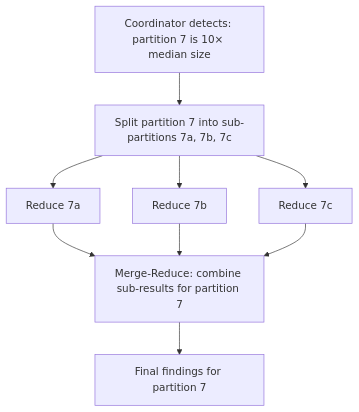
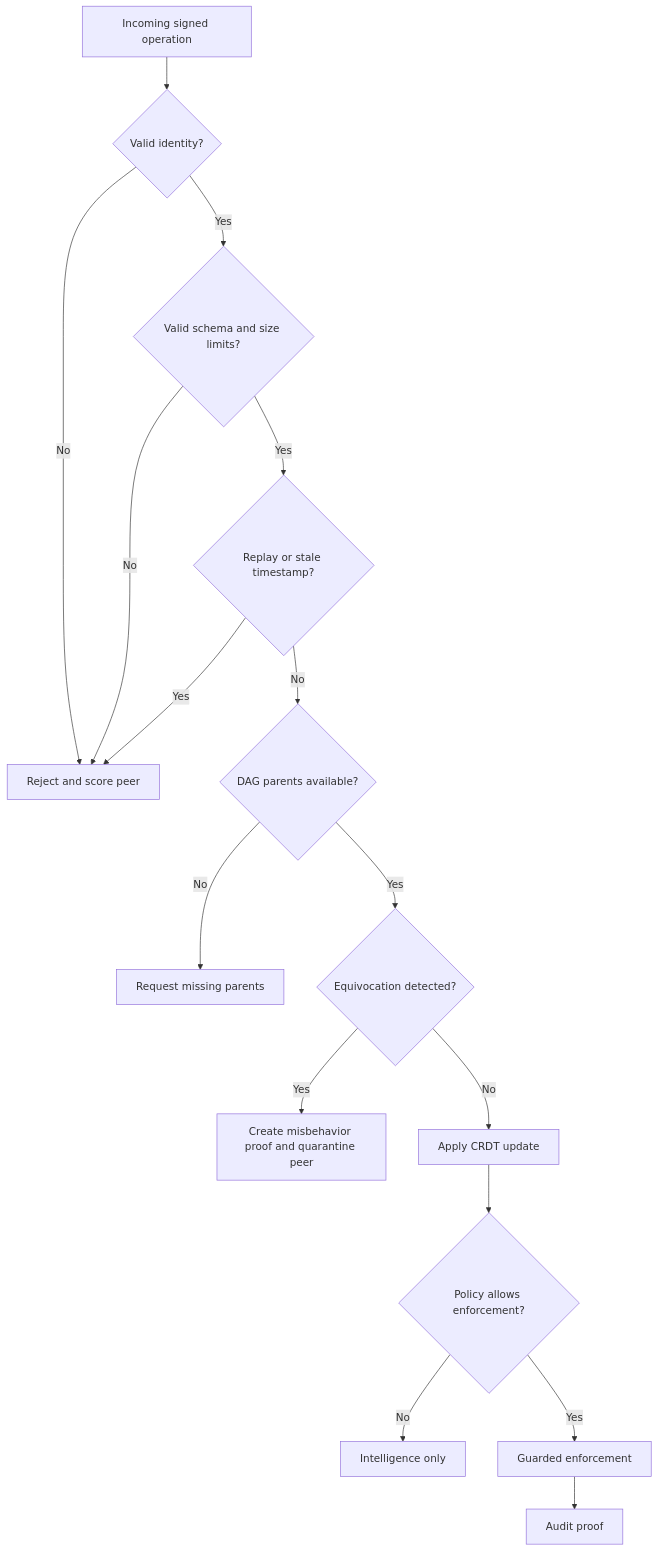
Before and after one commit to prateekpurohit13/frien: the third of 4 diagrams in docs/FRIEN_ARCHITECTURE.md, drawn with Mermaid. The commit also changed other lines of this file, not shown here.

````diff
--- a/docs/FRIEN_ARCHITECTURE.md
+++ b/docs/FRIEN_ARCHITECTURE.md
@@ -1090,11 +190,18 @@
 ```mermaid
 flowchart TD
-    A[Coordinator detects: partition 7 is 10× median size] --> B[Split partition 7 into sub-partitions 7a, 7b, 7c]
-    B --> C[Reduce 7a]
-    B --> D[Reduce 7b]
-    B --> E[Reduce 7c]
-    C --> F[Merge-Reduce: combine sub-results for partition 7]
-    D --> F
-    E --> F
-    F --> G[Final findings for partition 7]
+    A[Incoming signed operation] --> B{Valid identity?}
+    B -- No --> X[Reject and score peer]
+    B -- Yes --> C{Valid schema and size limits?}
+    C -- No --> X
+    C -- Yes --> D{Replay or stale timestamp?}
+    D -- Yes --> X
+    D -- No --> E{DAG parents available?}
+    E -- No --> F[Request missing parents]
+    E -- Yes --> G{Equivocation detected?}
+    G -- Yes --> H[Create misbehavior proof and quarantine peer]
+    G -- No --> I[Apply CRDT update]
+    I --> J{Policy allows enforcement?}
+    J -- No --> K[Intelligence only]
+    J -- Yes --> L[Guarded enforcement]
+    L --> M[Audit proof]
 ```
````
